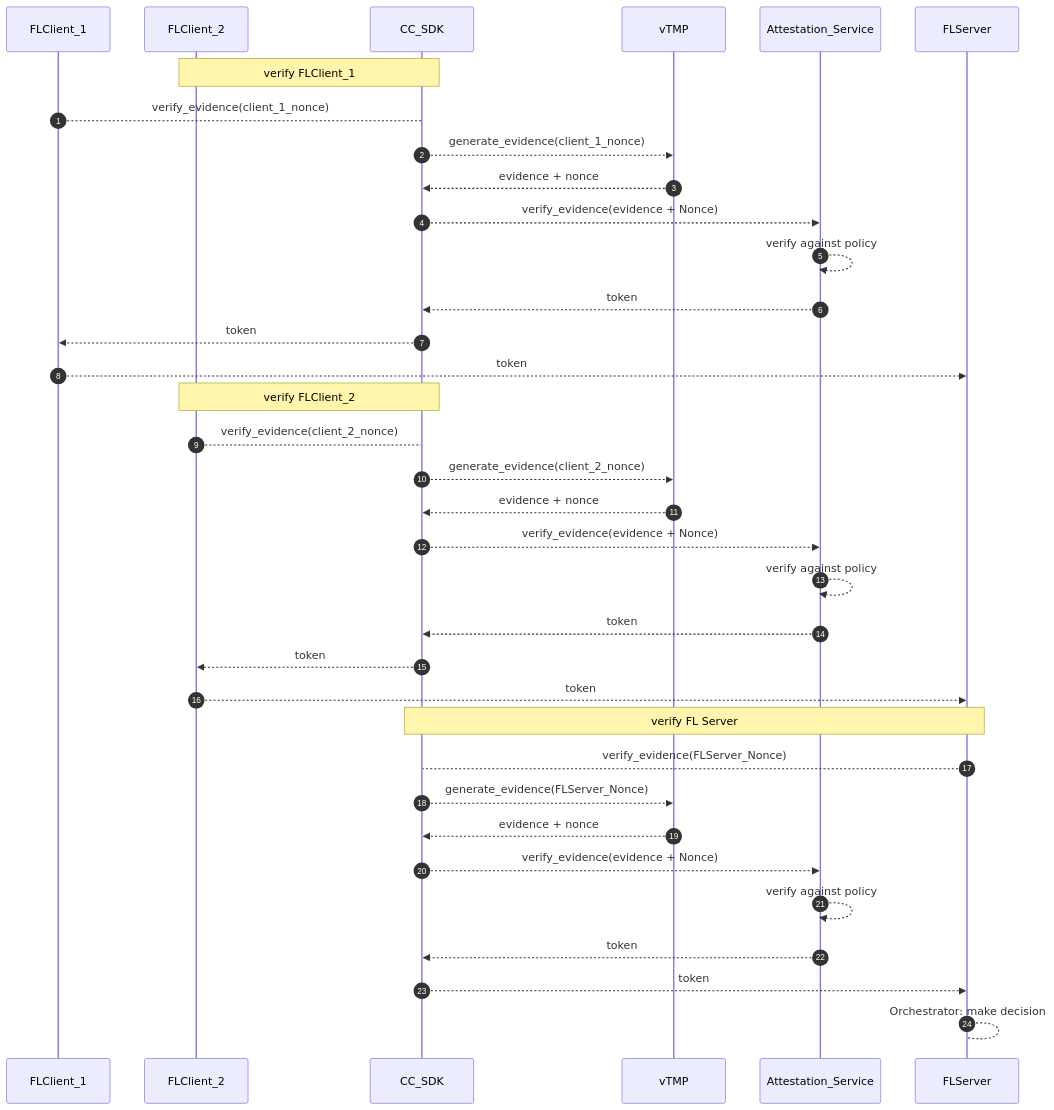
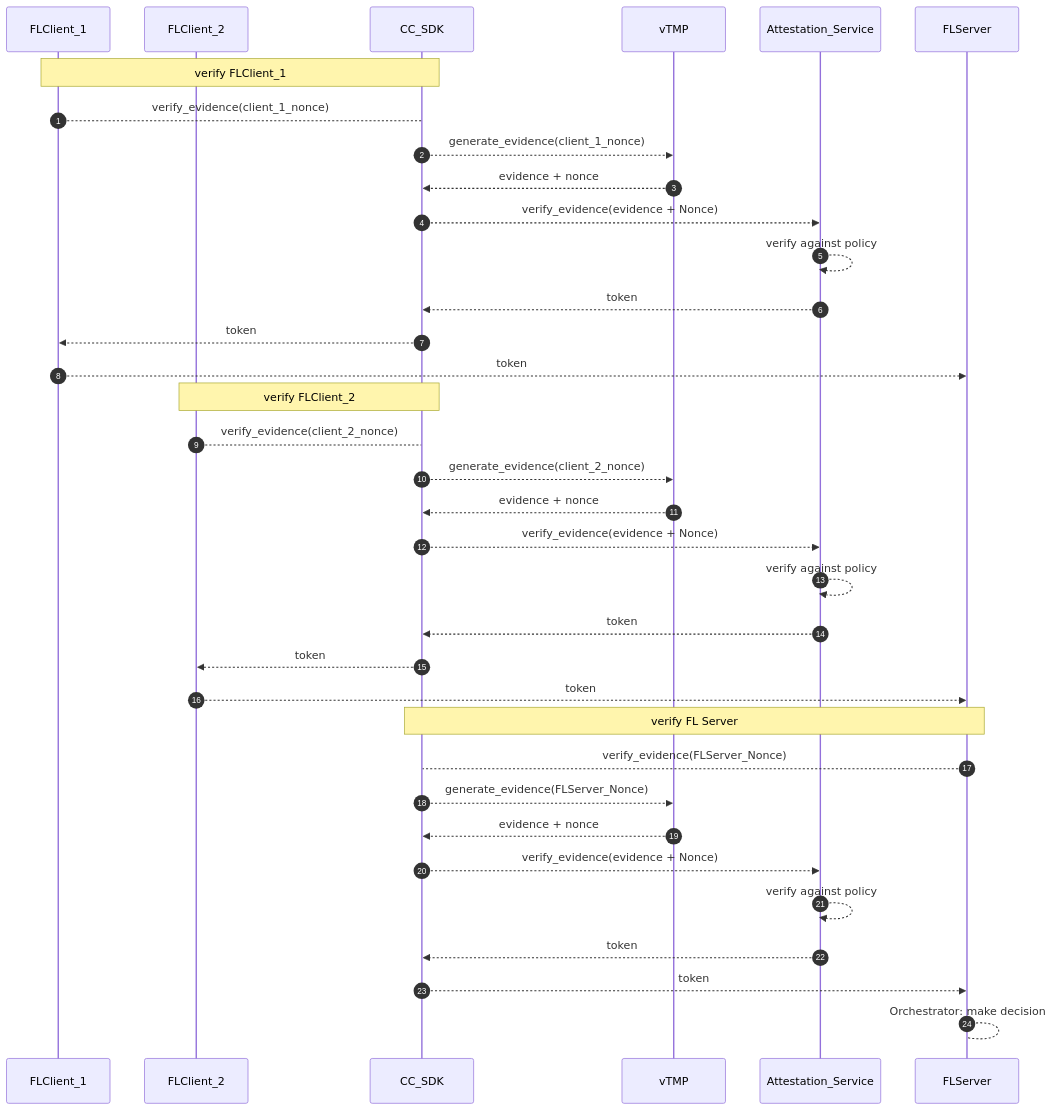
Before and after one commit to hitesh-ag1/NVFlare: the fifth of 6 diagrams in docs/confidential_computing/detailed_cc_sequence_diagram.md, drawn with Mermaid. The commit also changed other lines of this file, not shown here.

Commit message:
Sequence diagram for CC

````diff
--- a/docs/confidential_computing/detailed_cc_sequence_diagram.md
+++ b/docs/confidential_computing/detailed_cc_sequence_diagram.md
@@ -113,45 +115,45 @@
 ```mermaid
 sequenceDiagram
    autonumber
     participant FLClient_1
     participant FLClient_2
     participant CC_SDK
     participant vTMP
     participant Attestation_Service
     participant FLServer
     
-    Note over FLClient_2, CC_SDK : verify FLClient_1
+    Note over FLClient_1, CC_SDK : verify FLClient_1
     
     FLClient_1 --> CC_SDK : verify_evidence(client_1_nonce)
     CC_SDK -->> vTMP : generate_evidence(client_1_nonce)
     vTMP -->> CC_SDK : evidence + nonce 
     CC_SDK -->> Attestation_Service: verify_evidence(evidence + Nonce)
     Attestation_Service -->> Attestation_Service: verify against policy
     Attestation_Service -->> CC_SDK: token
     CC_SDK -->> FLClient_1 : token
     FLClient_1 -->> FLServer : token
 
     Note over FLClient_2, CC_SDK : verify FLClient_2
 
     FLClient_2 --> CC_SDK : verify_evidence(client_2_nonce)
     CC_SDK -->> vTMP : generate_evidence(client_2_nonce)
     vTMP -->> CC_SDK : evidence + nonce 
     CC_SDK -->> Attestation_Service: verify_evidence(evidence + Nonce)
     Attestation_Service -->> Attestation_Service: verify against policy
     Attestation_Service -->> CC_SDK: token
     CC_SDK -->> FLClient_2 : token
     FLClient_2 -->> FLServer : token
     
     Note over FLServer, CC_SDK : verify FL Server
     
     FLServer --> CC_SDK : verify_evidence(FLServer_Nonce)
     CC_SDK -->> vTMP : generate_evidence(FLServer_Nonce)
     vTMP -->> CC_SDK : evidence + nonce 
     CC_SDK -->> Attestation_Service: verify_evidence(evidence + Nonce)
     Attestation_Service -->> Attestation_Service: verify against policy
     Attestation_Service -->> CC_SDK: token
     CC_SDK -->> FLServer : token
     
     FLServer --> FLServer : Orchestrator: make decision 
    
 ```
````
